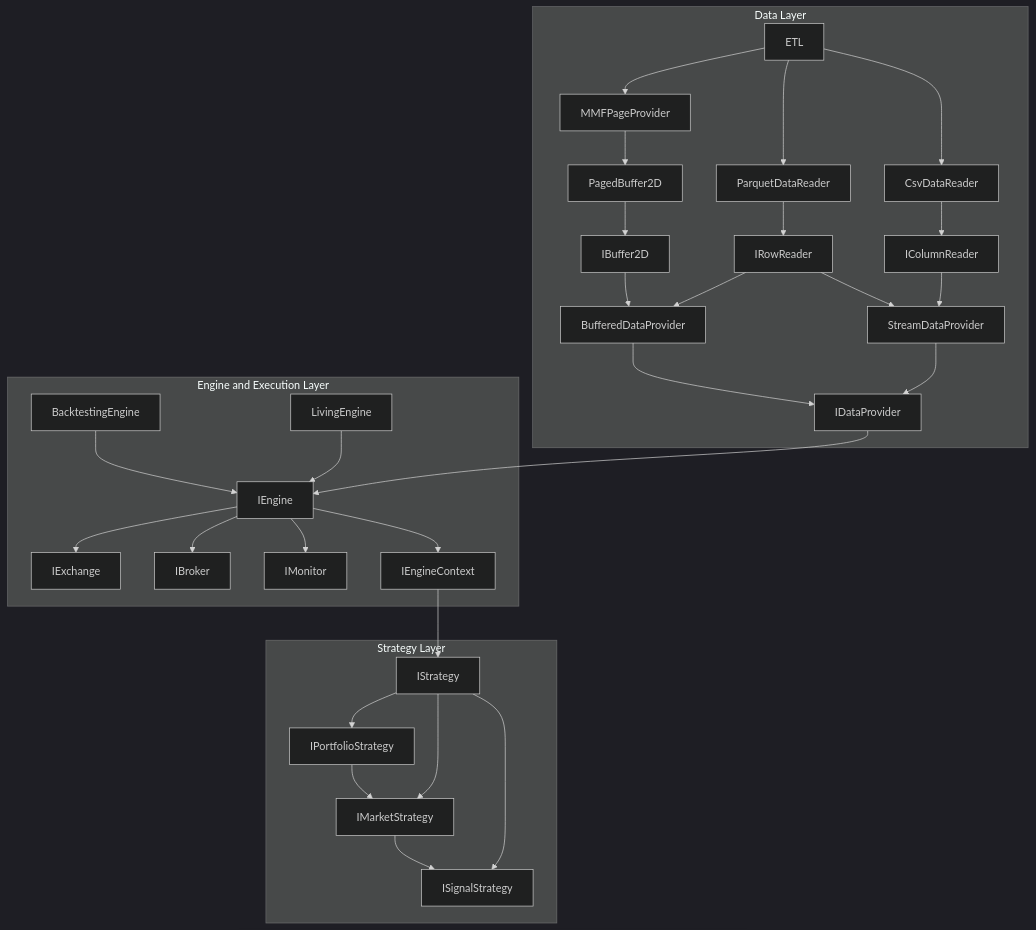
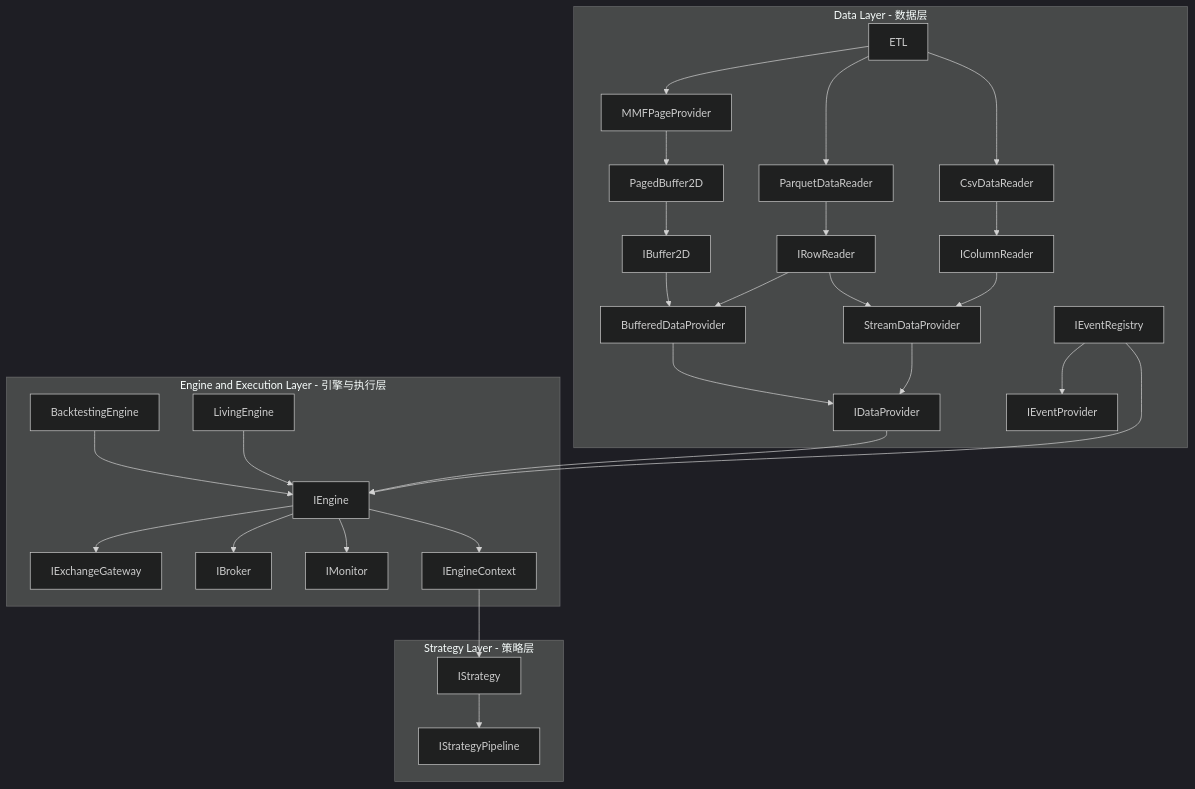
Before and after one commit to CRThu/CarrotQuant.Net: the diagram in Diagram/CarrotBacktesting.Net.Diagram.md, drawn with Mermaid (dark theme). The commit also changed 5 other files, not shown here.

Commit message:
更新流程框图

````diff
--- a/Diagram/CarrotBacktesting.Net.Diagram.md
+++ b/Diagram/CarrotBacktesting.Net.Diagram.md
@@ -1,63 +1,60 @@
 ```mermaid
 graph TD
-    subgraph DataLayer [Data Layer]
+    subgraph DataLayer [Data Layer - 数据层]
         ETL[ETL]
         MMFPageProvider[MMFPageProvider]
         ParquetDataReader[ParquetDataReader]
         CsvDataReader[CsvDataReader]
         PagedBuffer2D[PagedBuffer2D]
         IRowReader[IRowReader]
         IColumnReader[IColumnReader]
         IBuffer2D[IBuffer2D]
         BufferedDataProvider[BufferedDataProvider]
         StreamDataProvider[StreamDataProvider]
         IDataProvider[IDataProvider]
+        IEventRegistry[IEventRegistry]
+        IEventProvider[IEventProvider]
 
         ETL --> MMFPageProvider
         ETL --> ParquetDataReader
         ETL --> CsvDataReader
         MMFPageProvider --> PagedBuffer2D
         ParquetDataReader --> IRowReader
         CsvDataReader --> IColumnReader
         PagedBuffer2D --> IBuffer2D
         IBuffer2D --> BufferedDataProvider
         IRowReader --> BufferedDataProvider
         IColumnReader --> StreamDataProvider
         IRowReader --> StreamDataProvider
         BufferedDataProvider --> IDataProvider
         StreamDataProvider --> IDataProvider
+        IEventRegistry --> IEventProvider
     end
 
-    subgraph EngineExecutionLayer [Engine and Execution Layer]
+    subgraph EngineExecutionLayer [Engine and Execution Layer - 引擎与执行层]
         BacktestingEngine[BacktestingEngine]
         LivingEngine[LivingEngine]
         IEngine[IEngine]
         IEngineContext[IEngineContext]
-        IExchange[IExchange]
+        IExchangeGateway[IExchangeGateway]
         IBroker[IBroker]
         IMonitor[IMonitor]
 
         BacktestingEngine --> IEngine
         LivingEngine --> IEngine
         IDataProvider --> IEngine
-        IEngine --> IExchange
+        IEventRegistry --> IEngine
+        IEngine --> IExchangeGateway
         IEngine --> IBroker
         IEngine --> IMonitor
         IEngine --> IEngineContext
     end
 
-    subgraph StrategyLayer [Strategy Layer]
+    subgraph StrategyLayer [Strategy Layer - 策略层]
         IStrategy[IStrategy]
-        IPortfolioStrategy[IPortfolioStrategy]
-        IMarketStrategy[IMarketStrategy]
-        ISignalStrategy[ISignalStrategy]
+        IStrategyPipeline[IStrategyPipeline]
 
         IEngineContext --> IStrategy
-        IStrategy --> IPortfolioStrategy
-        IStrategy --> IMarketStrategy
-        IStrategy --> ISignalStrategy
-        
-        IPortfolioStrategy --> IMarketStrategy
-        IMarketStrategy --> ISignalStrategy
+        IStrategy --> IStrategyPipeline
     end
 ```
````
